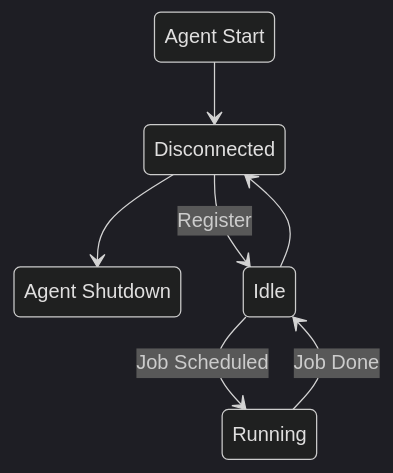
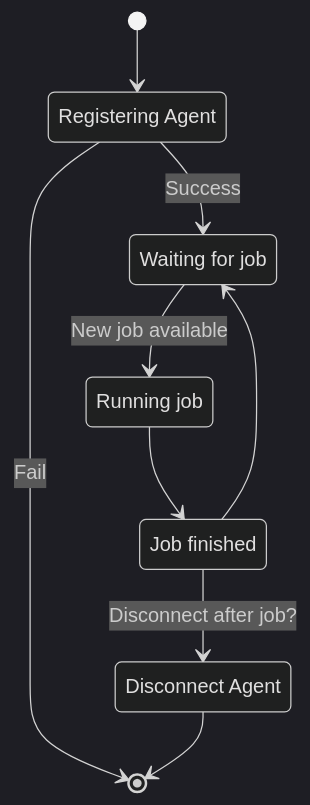
Before and after one commit to semaphoreci/semaphore: the first of 6 diagrams in docs/docs/using-semaphore/self-hosted.md, drawn with Mermaid (dark theme). The commit also changed other lines of this file and 8 other files, not shown here.

````diff
--- a/docs/docs/using-semaphore/self-hosted.md
+++ b/docs/docs/using-semaphore/self-hosted.md
@@ -96,11 +30,16 @@
 ```mermaid
 stateDiagram-v2
-    Start: Agent Start
-    Shutdown: Agent Shutdown
-    Start --> Disconnected
-    Disconnected --> Shutdown
-    Disconnected --> Idle: Register
-    Idle --> Running: Job Scheduled
-    Running --> Idle: Job Done
-    Idle --> Disconnected: 
+    Register: Registering Agent
+    Disconnect: Disconnect Agent
+    Wait: Waiting for job
+    Run: Running job
+    Finish: Job finished
+    [*] --> Register
+    Register --> [*]: Fail
+    Register --> Wait: Success
+    Wait --> Run: New job available
+    Run --> Finish
+    Finish --> Disconnect: Disconnect after job?
+    Disconnect --> [*]
+    Finish --> Wait
 ```
````
